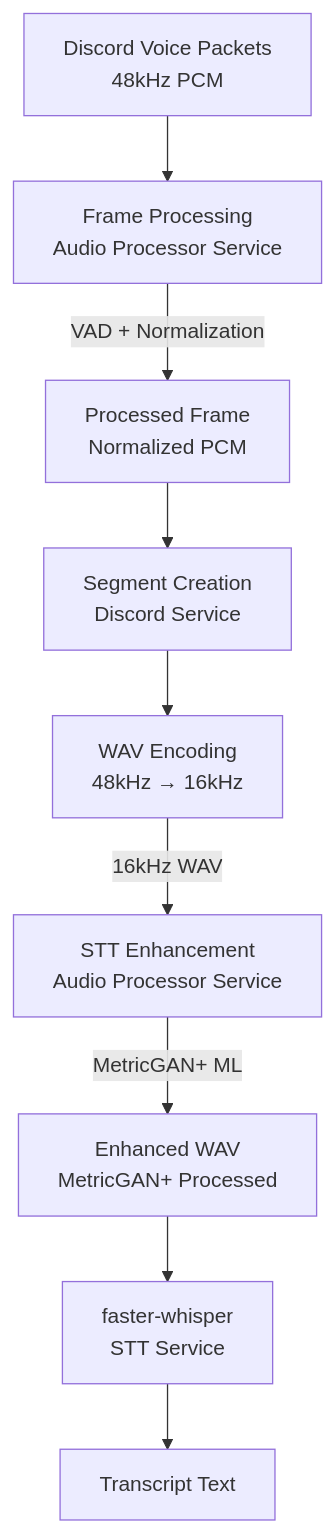
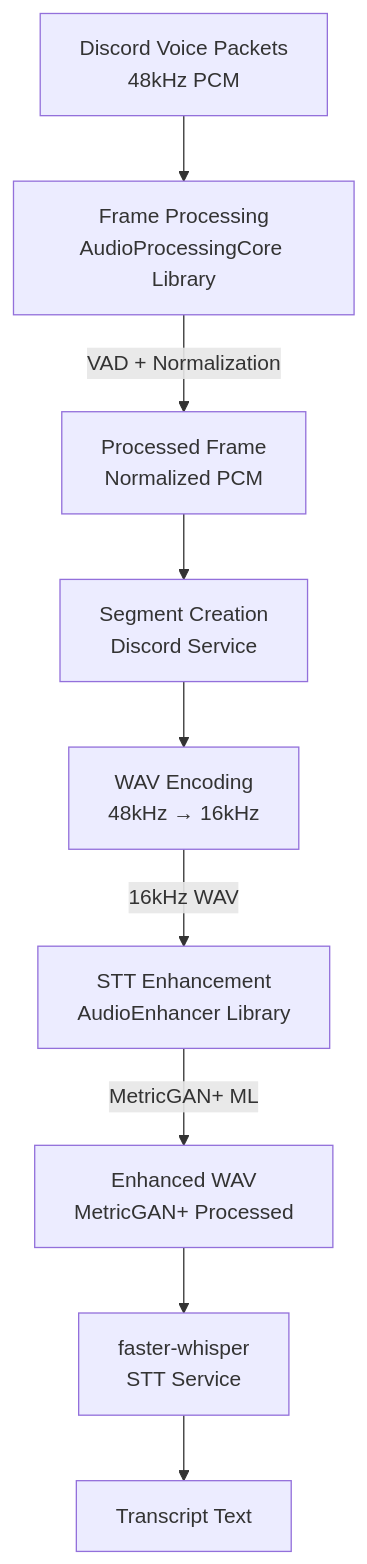
One commit to gabrielpreston/audio-orchestrator changed the diagram in docs/architecture/audio-enhancement-pipeline.md. Above: the diagram before and after it, drawn with Mermaid. The commit also changed other lines of this file and 65 other files, not shown here.

````diff
--- a/docs/architecture/audio-enhancement-pipeline.md
+++ b/docs/architecture/audio-enhancement-pipeline.md
@@ -24,11 +24,11 @@
 ```mermaid
 flowchart TD
-    Discord[Discord Voice Packets<br/>48kHz PCM] --> FrameProc[Frame Processing<br/>Audio Processor Service]
+    Discord[Discord Voice Packets<br/>48kHz PCM] --> FrameProc[Frame Processing<br/>AudioProcessingCore Library]
     FrameProc --> |VAD + Normalization| ProcessedFrame[Processed Frame<br/>Normalized PCM]
     ProcessedFrame --> Segment[Segment Creation<br/>Discord Service]
     Segment --> WAVEnc[WAV Encoding<br/>48kHz → 16kHz]
-    WAVEnc --> |16kHz WAV| STTEnhance[STT Enhancement<br/>Audio Processor Service]
+    WAVEnc --> |16kHz WAV| STTEnhance[STT Enhancement<br/>AudioEnhancer Library]
     STTEnhance --> |MetricGAN+ ML| EnhancedWAV[Enhanced WAV<br/>MetricGAN+ Processed]
     EnhancedWAV --> Transcription[faster-whisper<br/>STT Service]
     Transcription --> Transcript[Transcript Text]
 ```
````
